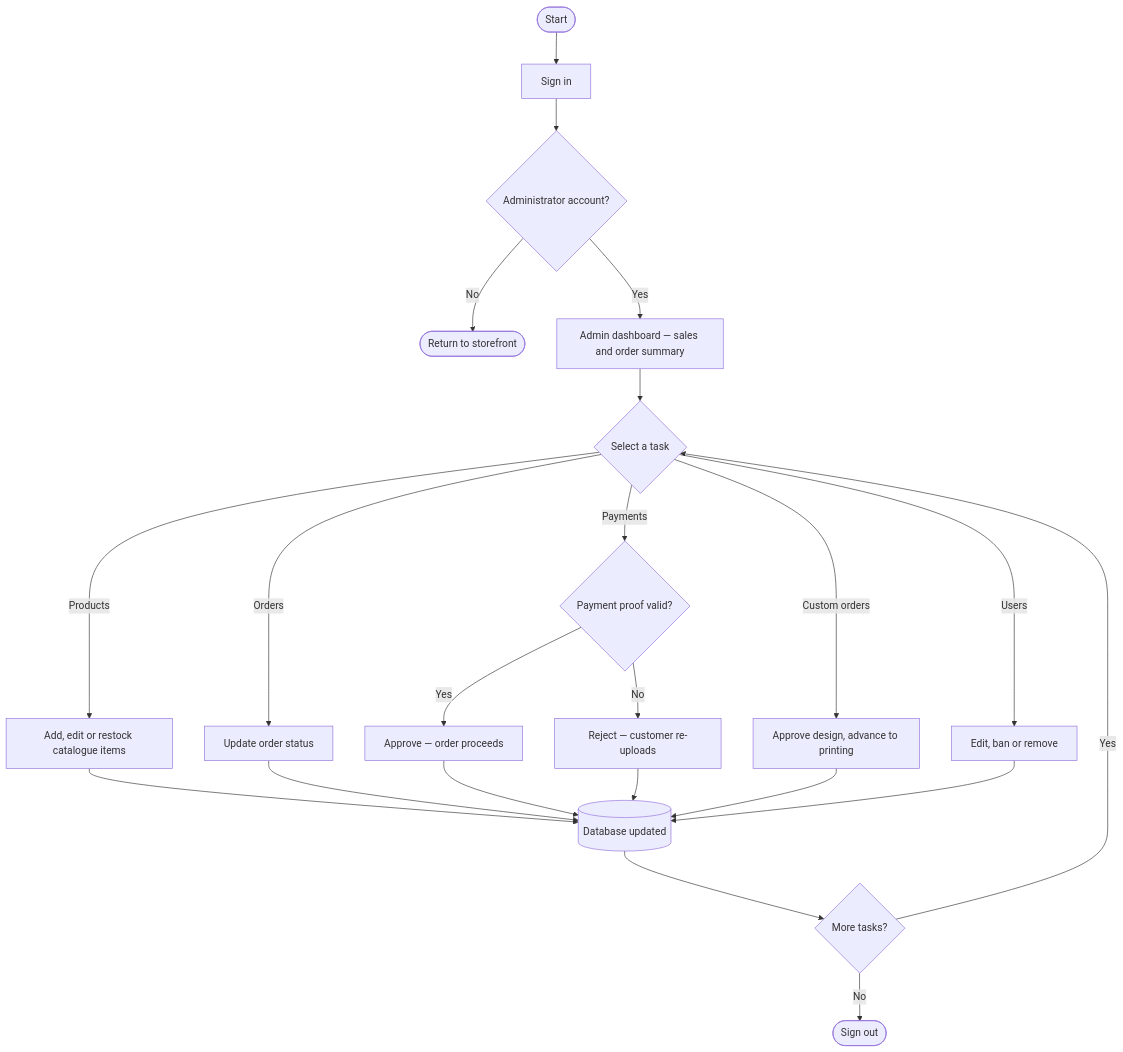
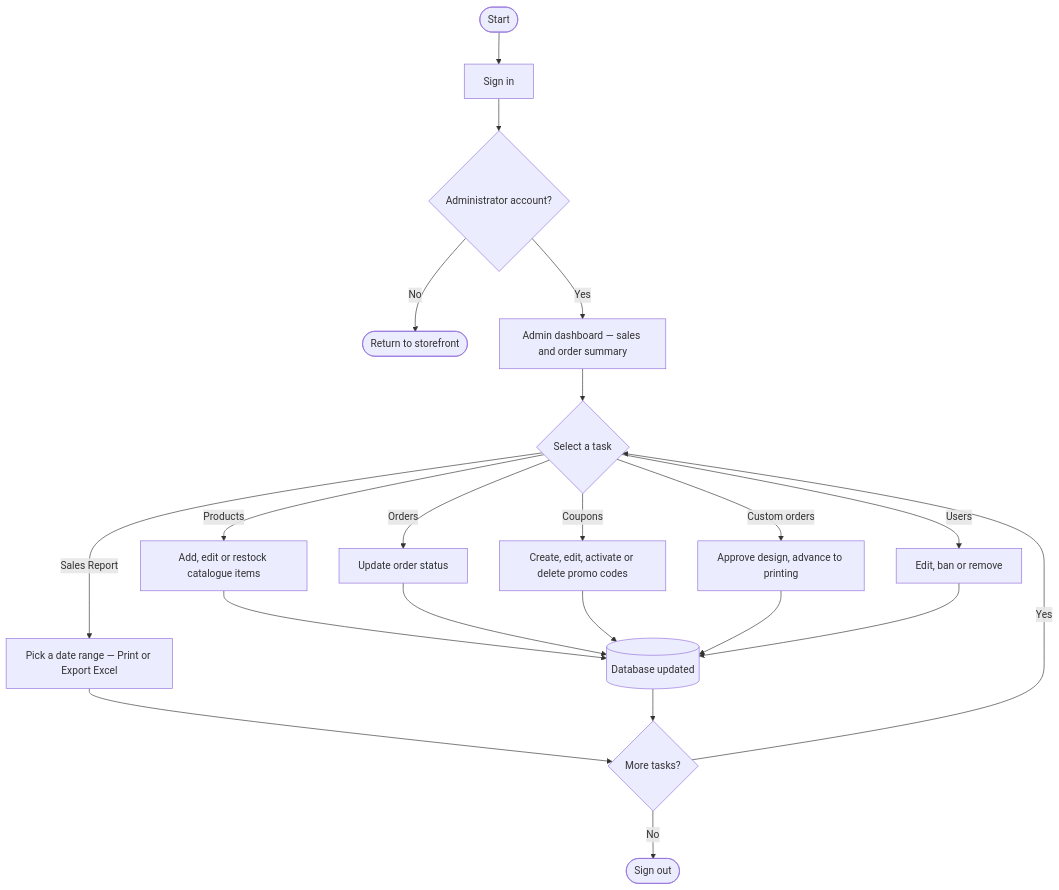
Before and after one commit to kurooo-san/THREAD-AND-PRESS-HUB: the second of 4 diagrams in docs/SYSTEM_FLOWCHART.md, drawn with Mermaid. The commit also changed other lines of this file and 20 other files, not shown here.

First line of the commit message:
Bring the schema, ERD and system docs in line with the live system

````diff
--- a/docs/SYSTEM_FLOWCHART.md
+++ b/docs/SYSTEM_FLOWCHART.md
@@ -65,24 +67,23 @@
 ```mermaid
 flowchart TD
     A(["Start"]) --> B["Sign in"]
     B --> C{"Administrator account?"}
     C -- "No" --> D(["Return to storefront"])
     C -- "Yes" --> E["Admin dashboard — sales and order summary"]
     E --> F{"Select a task"}
     F -- "Products" --> G["Add, edit or restock catalogue items"]
     F -- "Orders" --> H["Update order status"]
-    F -- "Payments" --> I{"Payment proof valid?"}
-    I -- "Yes" --> J["Approve — order proceeds"]
-    I -- "No" --> K["Reject — customer re-uploads"]
+    F -- "Coupons" --> I["Create, edit, activate or delete promo codes"]
+    F -- "Sales Report" --> J["Pick a date range — Print or Export Excel"]
     F -- "Custom orders" --> L["Approve design, advance to printing"]
     F -- "Users" --> M["Edit, ban or remove"]
     G --> N[("Database updated")]
     H --> N
-    J --> N
-    K --> N
+    I --> N
+    J --> O
     L --> N
     M --> N
     N --> O{"More tasks?"}
     O -- "Yes" --> F
     O -- "No" --> P(["Sign out"])
 ```
````
